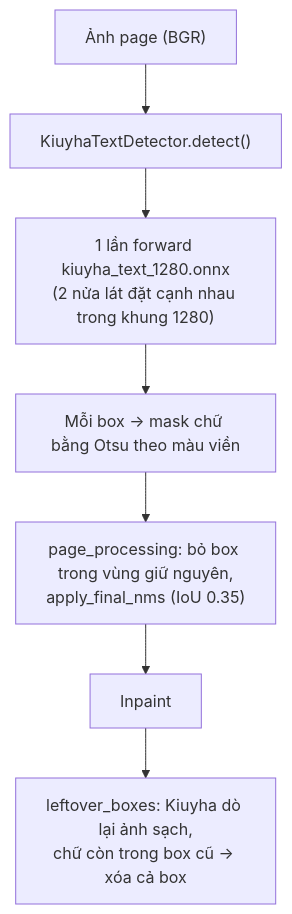
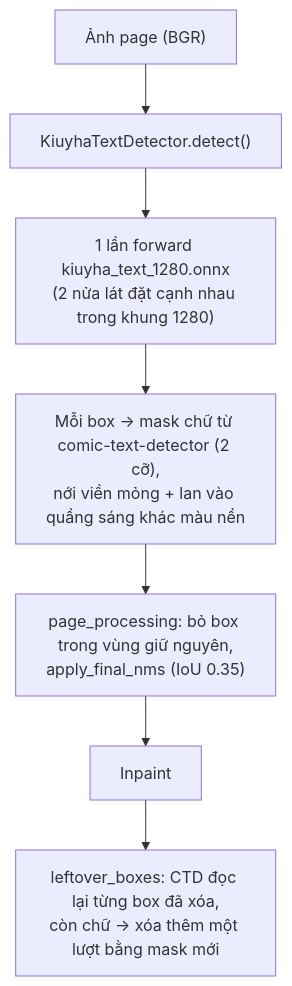
One commit to tuantran00541-spec/manga-translator changed the sixth of 12 diagrams in docs/ARCHITECTURE.md. Above: the diagram before and after it, drawn with Mermaid. The commit also changed 6 other files, not shown here.

````diff
--- a/docs/ARCHITECTURE.md
+++ b/docs/ARCHITECTURE.md
@@ -177,9 +177,9 @@
 ```mermaid
 flowchart TD
     A["Ảnh page (BGR)"] --> B["KiuyhaTextDetector.detect()"]
     B --> C["1 lần forward kiuyha_text_1280.onnx<br/>(2 nửa lát đặt cạnh nhau trong khung 1280)"]
-    C --> D["Mỗi box → mask chữ bằng Otsu theo màu viền"]
+    C --> D["Mỗi box → mask chữ từ comic-text-detector (2 cỡ),<br/>nới viền mỏng + lan vào quầng sáng khác màu nền"]
     D --> E["page_processing: bỏ box trong vùng giữ nguyên,<br/>apply_final_nms (IoU 0.35)"]
     E --> F["Inpaint"]
-    F --> G["leftover_boxes: Kiuyha dò lại ảnh sạch,<br/>chữ còn trong box cũ → xóa cả box"]
+    F --> G["leftover_boxes: CTD đọc lại từng box đã xóa,<br/>còn chữ → xóa thêm một lượt bằng mask mới"]
 ```
````
